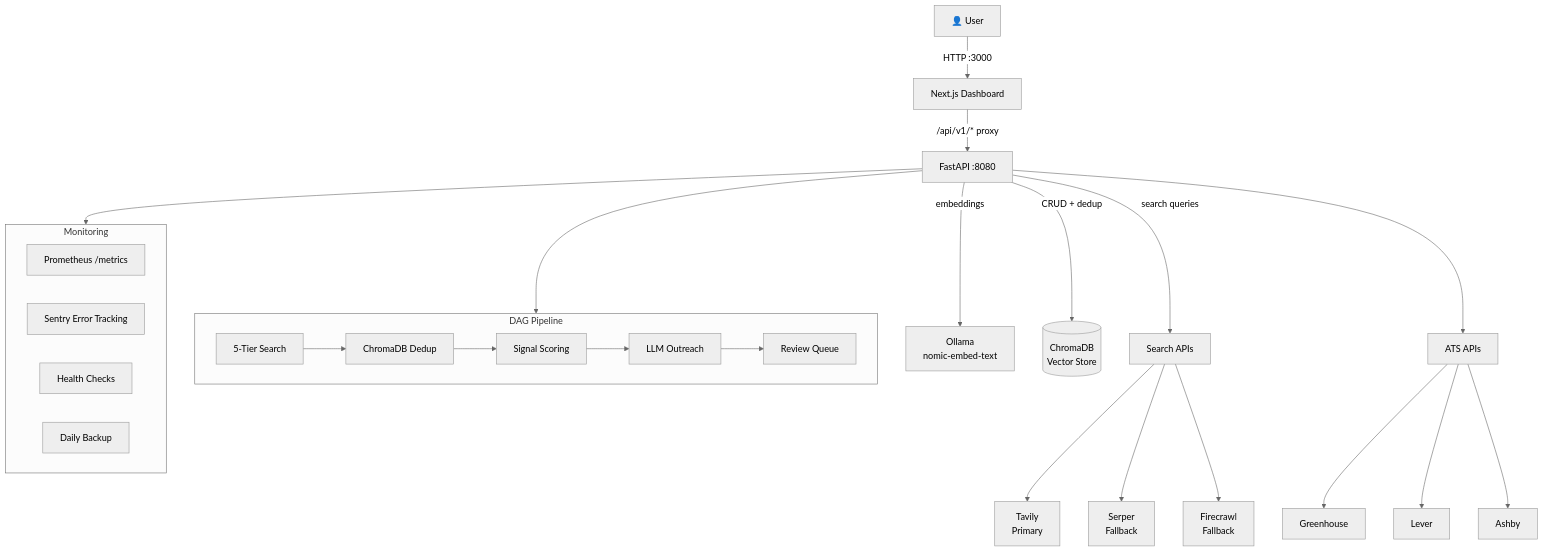
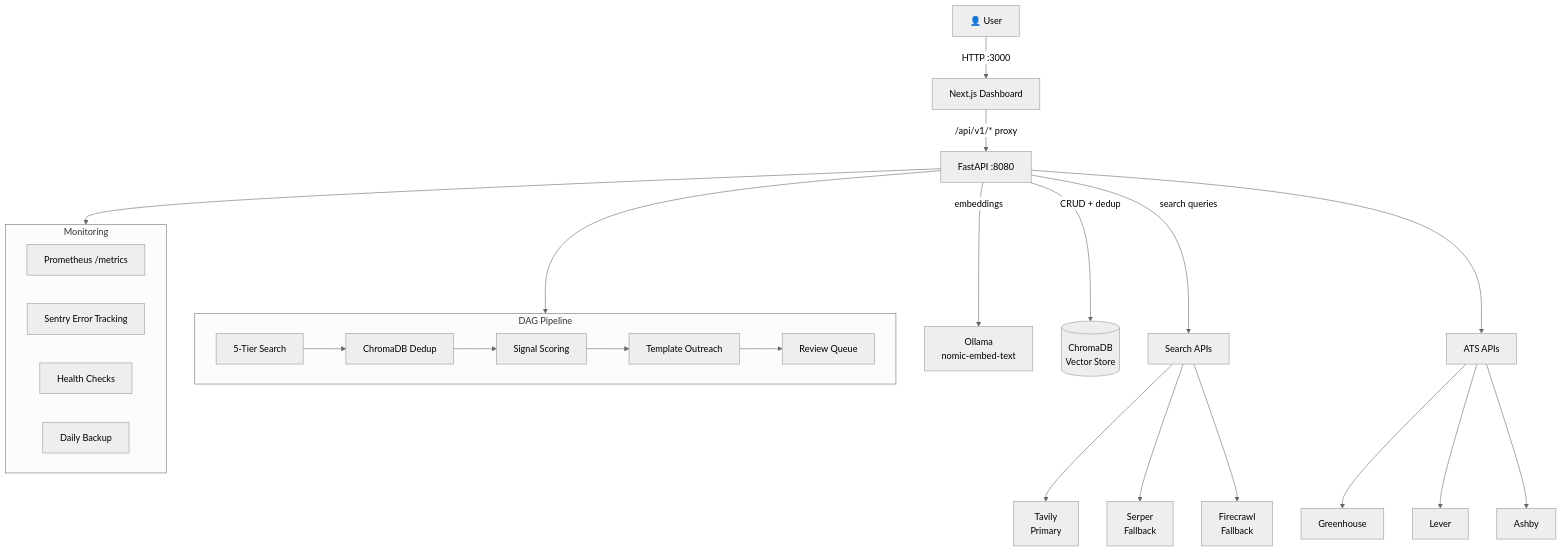
One commit to sgm-audio/Audio-Freelance changed the diagram in README.md. Above: the diagram before and after it, drawn with Mermaid (neutral theme). The commit also changed other lines of this file and 32 other files, not shown here.

````diff
--- a/README.md
+++ b/README.md
@@ -141,36 +139,36 @@
 ```mermaid
 graph TB
     User[👤 User] -->|HTTP :3000| Frontend[Next.js Dashboard]
     Frontend -->|/api/v1/* proxy| Backend[FastAPI :8080]
 
     Backend -->|embeddings| Ollama[Ollama<br/>nomic-embed-text]
     Backend -->|CRUD + dedup| ChromaDB[(ChromaDB<br/>Vector Store)]
     Backend -->|search queries| SearchAPIs[Search APIs]
 
     SearchAPIs --> Tavily[Tavily<br/>Primary]
     SearchAPIs --> Serper[Serper<br/>Fallback]
     SearchAPIs --> Firecrawl[Firecrawl<br/>Fallback]
 
     Backend --> ATS[ATS APIs]
     ATS --> Greenhouse[Greenhouse]
     ATS --> Lever[Lever]
     ATS --> Ashby[Ashby]
 
     subgraph Pipeline[DAG Pipeline]
         Search[5-Tier Search] --> Dedup[ChromaDB Dedup]
         Dedup --> Score[Signal Scoring]
-        Score --> Generate[LLM Outreach]
+        Score --> Generate[Template Outreach]
         Generate --> Review[Review Queue]
     end
 
     Backend --> Pipeline
 
     subgraph Monitoring
         Metrics[Prometheus /metrics]
         Sentry[Sentry Error Tracking]
         Health[Health Checks]
         Backup[Daily Backup]
     end
 
     Backend --> Monitoring
 ```
````
